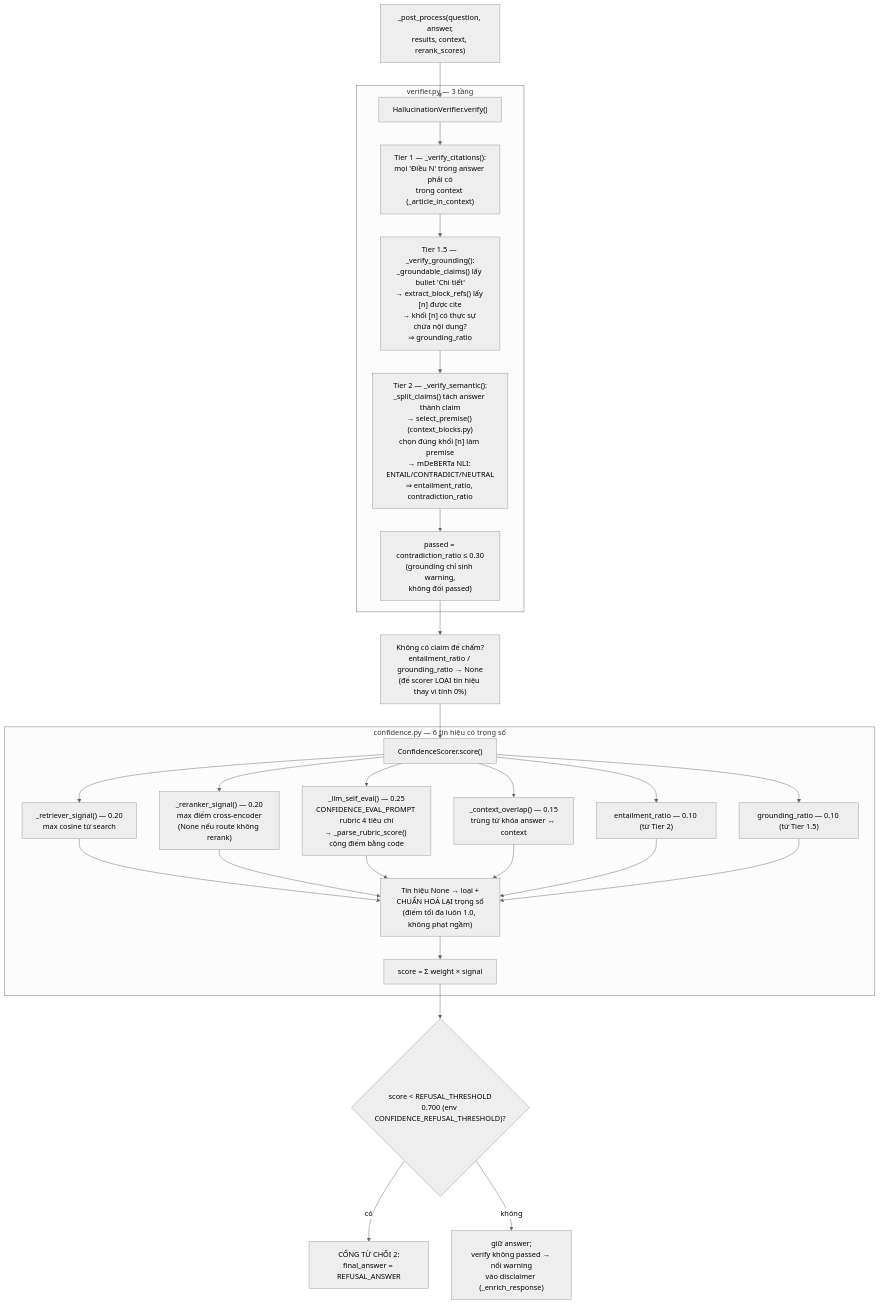
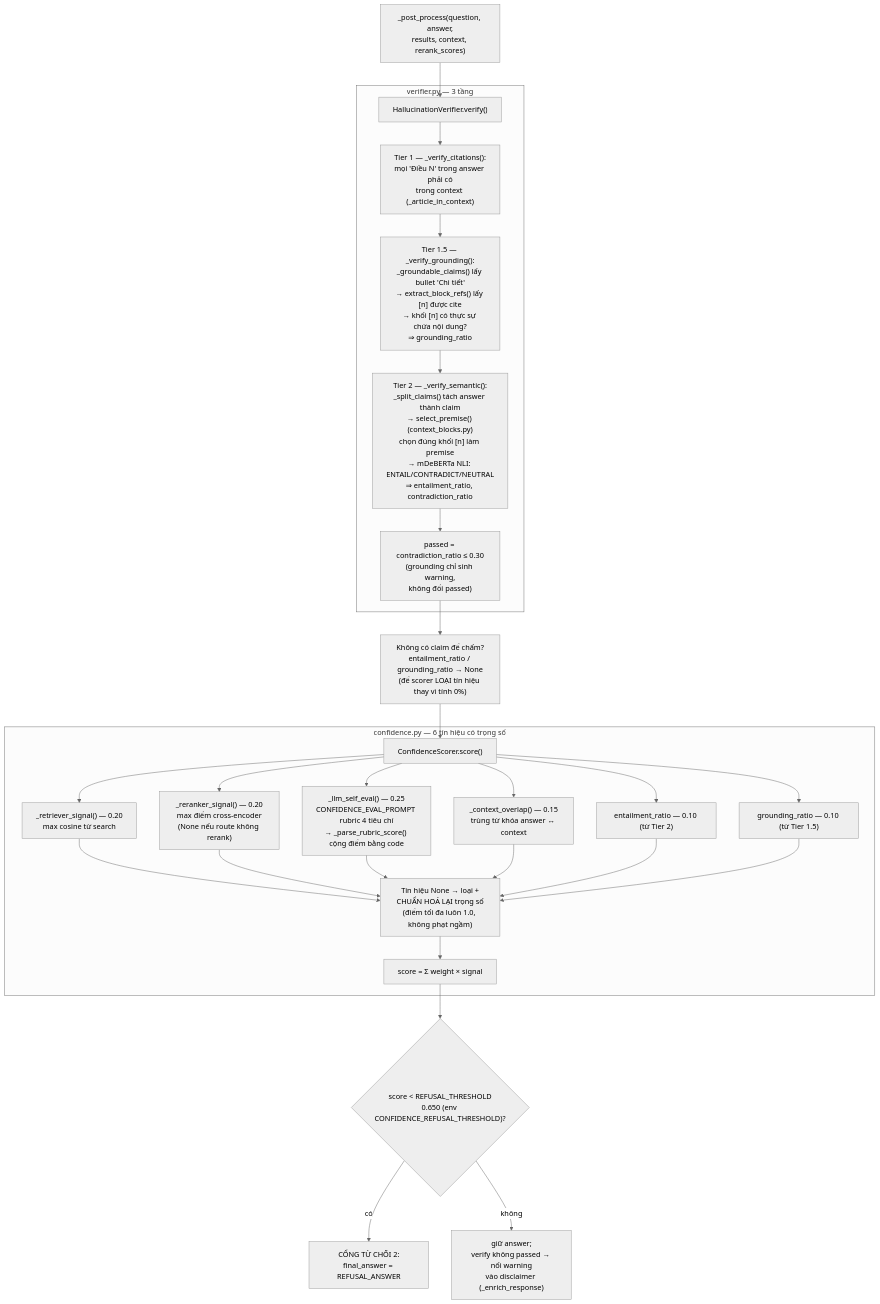
The diagram in docs/diagrams/03-post-process.mmd (quockhanh41/Vietnamese-legal-bot), drawn with Mermaid (neutral theme) before and after one commit. The commit also changed 3 other files, not shown here.

First line of the commit message:
docs: sync ARCHITECTURE + WORKFLOWS with M1 final state

```diff
--- a/docs/diagrams/03-post-process.mmd
+++ b/docs/diagrams/03-post-process.mmd
@@ -1,27 +1,27 @@
 flowchart TD
     IN["_post_process(question, answer,<br/>results, context, rerank_scores)"] --> V["HallucinationVerifier.verify()"]
 
     subgraph VERIFY ["verifier.py — 3 tầng"]
         V --> T1["Tier 1 — _verify_citations():<br/>mọi 'Điều N' trong answer phải có<br/>trong context (_article_in_context)"]
         T1 --> T15["Tier 1.5 — _verify_grounding():<br/>_groundable_claims() lấy bullet 'Chi tiết'<br/>→ extract_block_refs() lấy [n] được cite<br/>→ khối [n] có thực sự chứa nội dung?<br/>⇒ grounding_ratio"]
         T15 --> T2["Tier 2 — _verify_semantic():<br/>_split_claims() tách answer thành claim<br/>→ select_premise() (context_blocks.py)<br/>chọn đúng khối [n] làm premise<br/>→ mDeBERTa NLI: ENTAIL/CONTRADICT/NEUTRAL<br/>⇒ entailment_ratio, contradiction_ratio"]
         T2 --> PASS["passed = contradiction_ratio ≤ 0.30<br/>(grounding chỉ sinh warning,<br/>không đổi passed)"]
     end
 
     PASS --> NONE["Không có claim để chấm?<br/>entailment_ratio / grounding_ratio → None<br/>(để scorer LOẠI tín hiệu thay vì tính 0%)"]
     NONE --> CS["ConfidenceScorer.score()"]
 
     subgraph SCORE ["confidence.py — 6 tín hiệu có trọng số"]
         CS --> S1["_retriever_signal() — 0.20<br/>max cosine từ search"]
         CS --> S2["_reranker_signal() — 0.20<br/>max điểm cross-encoder<br/>(None nếu route không rerank)"]
         CS --> S3["_llm_self_eval() — 0.25<br/>CONFIDENCE_EVAL_PROMPT rubric 4 tiêu chí<br/>→ _parse_rubric_score() cộng điểm bằng code"]
         CS --> S4["_context_overlap() — 0.15<br/>trùng từ khóa answer ↔ context"]
         CS --> S5["entailment_ratio — 0.10 (từ Tier 2)"]
         CS --> S6["grounding_ratio — 0.10 (từ Tier 1.5)"]
         S1 & S2 & S3 & S4 & S5 & S6 --> NORM["Tín hiệu None → loại +<br/>CHUẨN HOÁ LẠI trọng số<br/>(điểm tối đa luôn 1.0, không phạt ngầm)"]
         NORM --> SUM["score = Σ weight × signal"]
     end
 
-    SUM --> GATE{"score < REFUSAL_THRESHOLD<br/>0.700 (env CONFIDENCE_REFUSAL_THRESHOLD)?"}
+    SUM --> GATE{"score < REFUSAL_THRESHOLD<br/>0.650 (env CONFIDENCE_REFUSAL_THRESHOLD)?"}
     GATE -->|có| REF["CỔNG TỪ CHỐI 2:<br/>final_answer = REFUSAL_ANSWER"]
     GATE -->|không| OK["giữ answer;<br/>verify không passed → nối warning<br/>vào disclaimer (_enrich_response)"]
```
